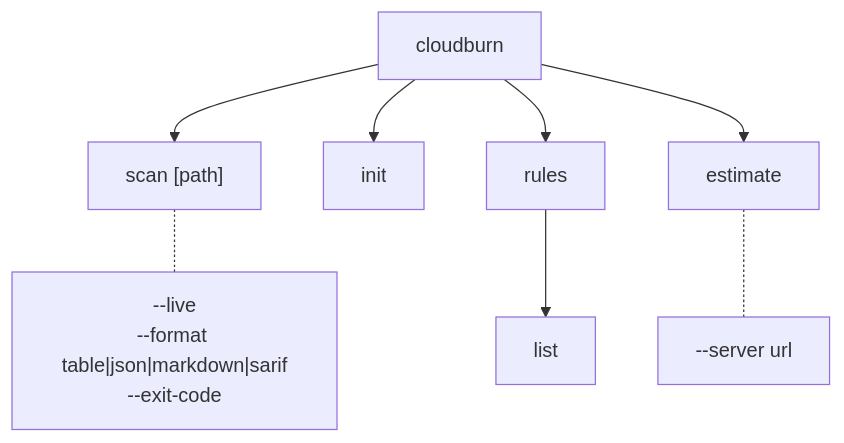
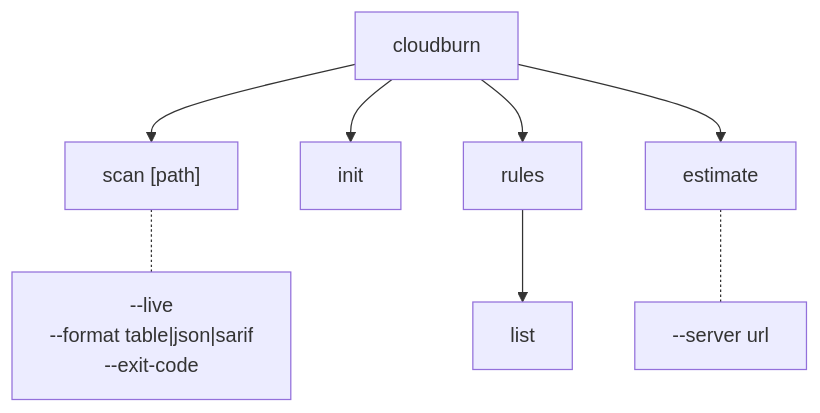
One commit to towardsthecloud/cloudburn changed the first of 2 diagrams in docs/architecture/cli.md. Above: the diagram before and after it, drawn with Mermaid. The commit also changed other lines of this file and 6 other files, not shown here.

First line of the commit message:
feat(cli): remove markdown scan format (#13)

````diff
--- a/docs/architecture/cli.md
+++ b/docs/architecture/cli.md
@@ -5,11 +5,11 @@
 ```mermaid
 graph TD
   Root["cloudburn"] --> Scan["scan [path]"]
   Root --> Init["init"]
   Root --> Rules["rules"]
   Root --> Estimate["estimate"]
   Rules --> RulesList["list"]
 
-  Scan -.- ScanFlags["--live\n--format table|json|markdown|sarif\n--exit-code"]
+  Scan -.- ScanFlags["--live\n--format table|json|sarif\n--exit-code"]
   Estimate -.- EstimateFlags["--server url"]
 ```
````
